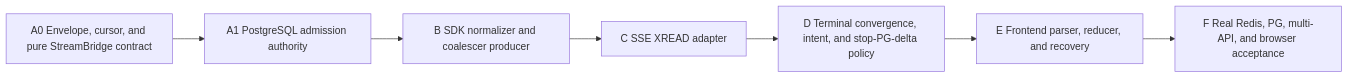
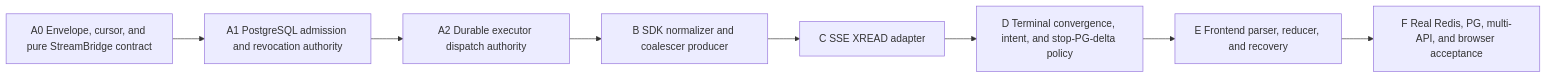
The ninth of 9 diagrams in docs/architecture/redis-streams-sse-event-channel.md (demonsxxxxxx/ai-platform), drawn with Mermaid before and after one commit. The commit also changed other lines of this file and 3 other files, not shown here.

````diff
--- a/docs/architecture/redis-streams-sse-event-channel.md
+++ b/docs/architecture/redis-streams-sse-event-channel.md
@@ -1029,9 +1190,10 @@
 ```mermaid
 flowchart LR
-    A0["A0 Envelope, cursor, and pure StreamBridge contract"] --> A1["A1 PostgreSQL admission authority"]
-    A1 --> B["B SDK normalizer and coalescer producer"]
+    A0["A0 Envelope, cursor, and pure StreamBridge contract"] --> A1["A1 PostgreSQL admission and revocation authority"]
+    A1 --> A2["A2 Durable executor dispatch authority"]
+    A2 --> B["B SDK normalizer and coalescer producer"]
     B --> C["C SSE XREAD adapter"]
     C --> D["D Terminal convergence, intent, and stop-PG-delta policy"]
     D --> E["E Frontend parser, reducer, and recovery"]
     E --> F["F Real Redis, PG, multi-API, and browser acceptance"]
 ```
````
